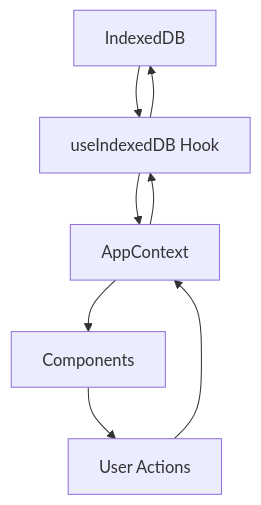
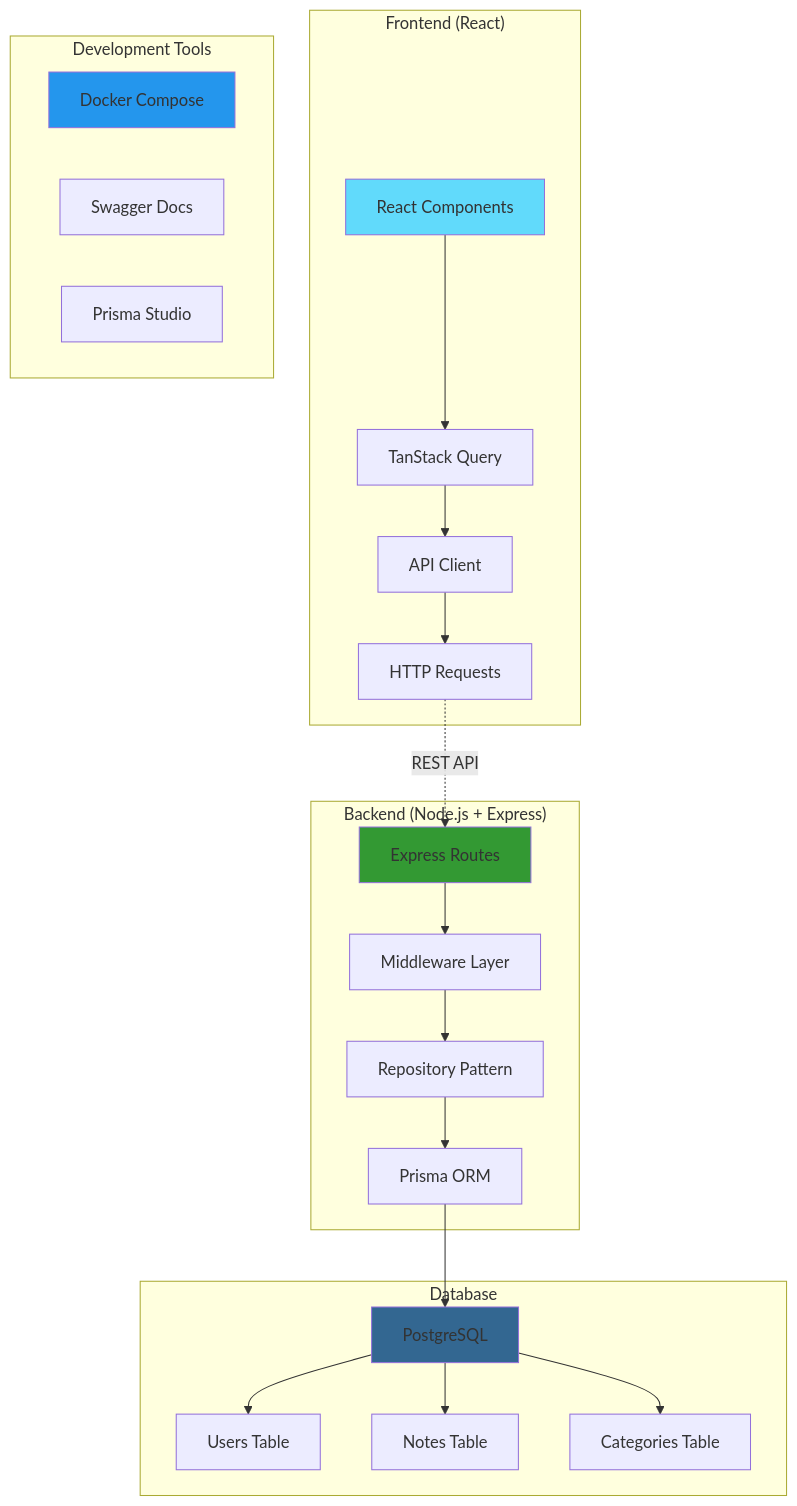
One commit to jppachecop/dynamic-personal-content-management-system changed the diagram in README.md. Above: the diagram before and after it, drawn with Mermaid. The commit also changed other lines of this file and 2 other files, not shown here.

````diff
--- a/README.md
+++ b/README.md
@@ -329,10 +229,38 @@
 ```mermaid
-graph TD
-    A[IndexedDB] --> B[useIndexedDB Hook]
-    B --> C[AppContext]
-    C --> D[Components]
-    D --> E[User Actions]
-    E --> C
-    C --> B
-    B --> A
+graph TB
+    subgraph "Frontend (React)"
+        A[React Components] --> B[TanStack Query]
+        B --> C[API Client]
+        C --> D[HTTP Requests]
+    end
+
+    subgraph "Backend (Node.js + Express)"
+        E[Express Routes] --> F[Middleware Layer]
+        F --> G[Repository Pattern]
+        G --> H[Prisma ORM]
+    end
+
+    subgraph "Database"
+        I[PostgreSQL]
+        J[Users Table]
+        K[Notes Table]
+        L[Categories Table]
+    end
+
+    D -.->|REST API| E
+    H --> I
+    I --> J
+    I --> K
+    I --> L
+
+    subgraph "Development Tools"
+        M[Docker Compose]
+        N[Swagger Docs]
+        O[Prisma Studio]
+    end
+
+    style A fill:#61DAFB
+    style E fill:#339933
+    style I fill:#336791
+    style M fill:#2496ED
 ```
````
